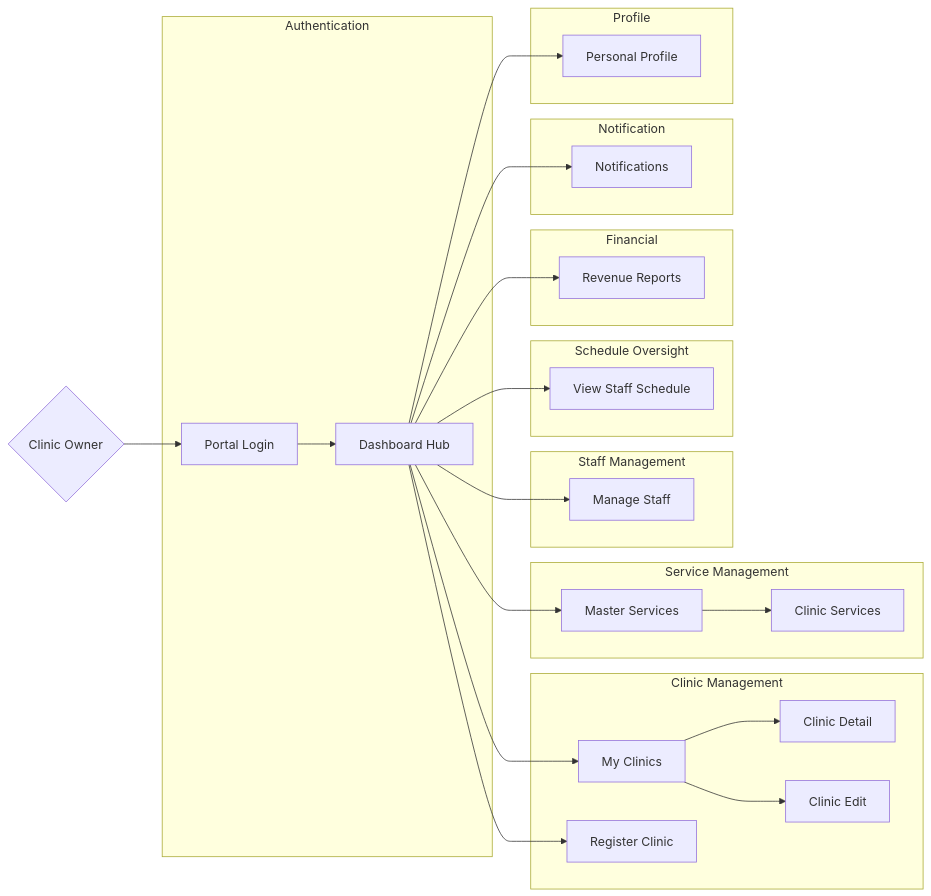
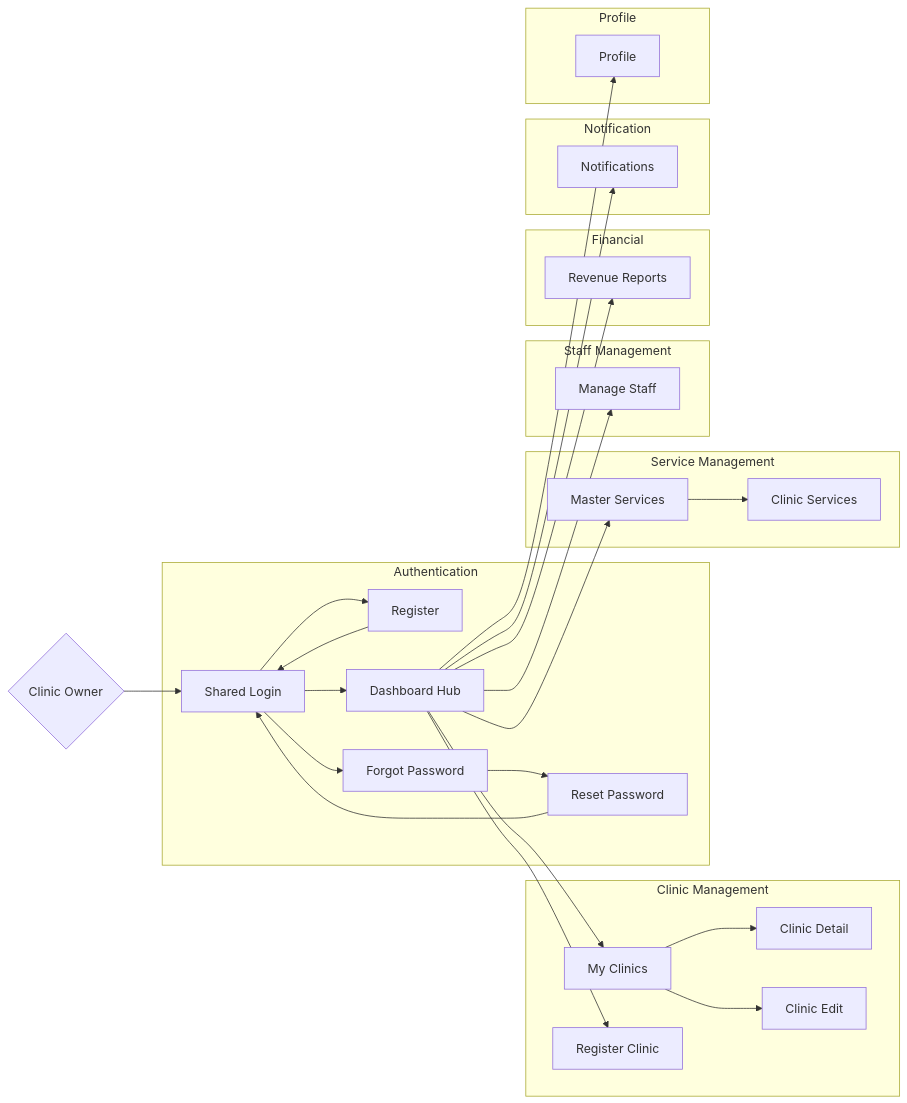
One commit to espresso23/Petties-Veterinary-Appointment-Booking-Platform changed the sixth of 9 diagrams in docs-references/documentation/SRS/PETTIES_SRS.md. Above: the diagram before and after it, drawn with Mermaid. The commit also changed other lines of this file and 21 other files, not shown here.

Commit message:
update: break time, docs screen flow, screen description, BR, screen auth

````diff
--- a/docs-references/documentation/SRS/PETTIES_SRS.md
+++ b/docs-references/documentation/SRS/PETTIES_SRS.md
@@ -501,40 +499,41 @@
 ```mermaid
 flowchart LR
-    CO{Clinic Owner} --> W001[Portal Login]
+    CO{Clinic Owner} --> Login[Shared Login]
 
     subgraph Authentication
-        W001 --> W003[Dashboard Hub]
+        Login --> Register
+        Register --> Login
+        Login --> ForgotPassword[Forgot Password]
+        ForgotPassword --> ResetPassword[Reset Password]
+        ResetPassword --> Login
+        Login --> DashboardHub[Dashboard Hub]
     end
 
     subgraph Clinic_Management[Clinic Management]
-        W003 --> W013[My Clinics]
-        W013 --> W004[Clinic Detail]
-        W013 --> W014[Clinic Edit]
-        W003 --> W002[Register Clinic]
+        DashboardHub --> MyClinics[My Clinics]
+        MyClinics --> ClinicDetail[Clinic Detail]
+        MyClinics --> ClinicEdit[Clinic Edit]
+        DashboardHub --> RegisterClinic[Register Clinic]
     end
 
     subgraph Service_Management[Service Management]
-        W003 --> W015[Master Services]
-        W015 --> W005[Clinic Services]
+        DashboardHub --> MasterServices[Master Services]
+        MasterServices --> ClinicServices[Clinic Services]
     end
 
     subgraph Staff_Management[Staff Management]
-        W003 --> W006[Manage Staff]
-    end
-
-    subgraph Schedule_Oversight[Schedule Oversight]
-        W003 --> W007[View Staff Schedule]
+        DashboardHub --> ManageStaff[Manage Staff]
     end
 
     subgraph Financial
-        W003 --> W010[Revenue Reports]
+        DashboardHub --> RevenueReports[Revenue Reports]
     end
 
     subgraph Notification
-        W003 --> W016[Notifications]
+        DashboardHub --> Notifications
     end
 
     subgraph Profile
-        W003 --> W017[Personal Profile]
+        DashboardHub --> ProfileScreen[Profile]
     end
 ```
````
